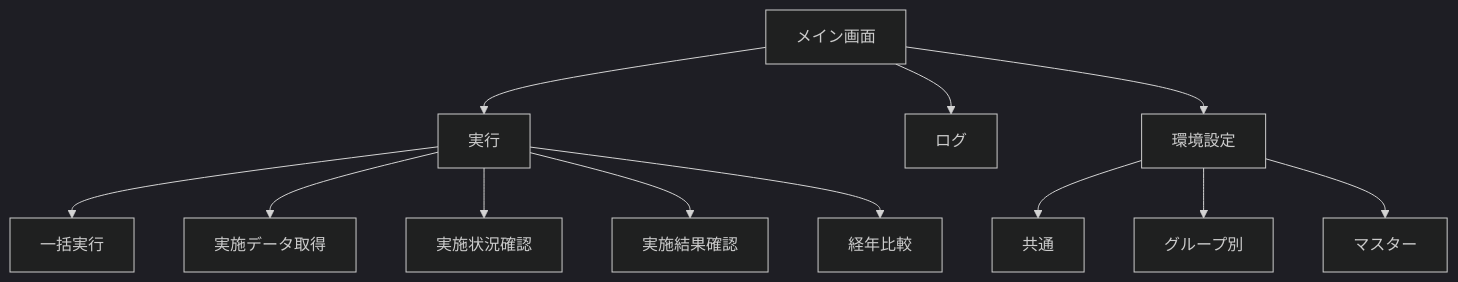
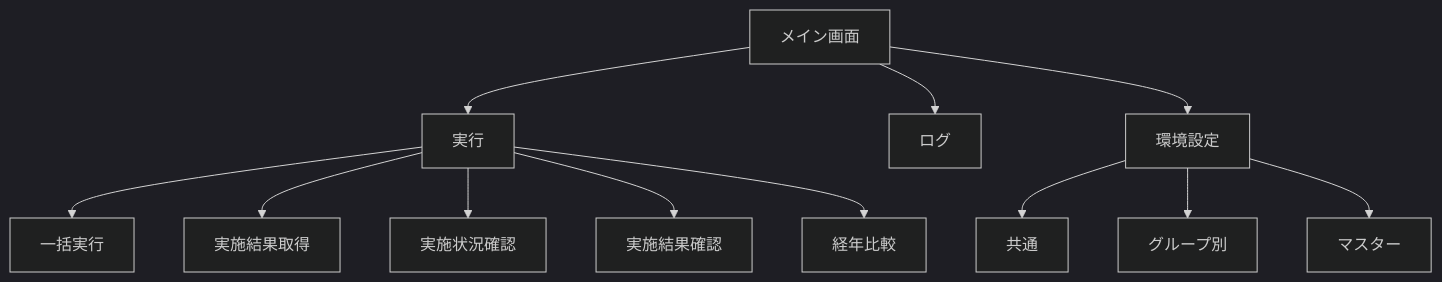
One commit to nishida2073/project_management changed the diagram in tool/track-aggregator/doc/02_設計/画面設計.md. Above: the diagram before and after it, drawn with Mermaid (dark theme). The commit also changed other lines of this file and 16 other files, not shown here.

````diff
--- a/tool/track-aggregator/doc/02_設計/画面設計.md
+++ b/tool/track-aggregator/doc/02_設計/画面設計.md
@@ -23,15 +23,15 @@
 ```mermaid
 flowchart TD
     A["メイン画面"]
     A --> B["実行"]
     A --> C["ログ"]
     A --> D["環境設定"]
     B --> B1["一括実行"]
-    B --> B2["実施データ取得"]
+    B --> B2["実施結果取得"]
     B --> B3["実施状況確認"]
     B --> B4["実施結果確認"]
     B --> B5["経年比較"]
     D --> D1["共通"]
     D --> D2["グループ別"]
     D --> D3["マスター"]
 ```
````
